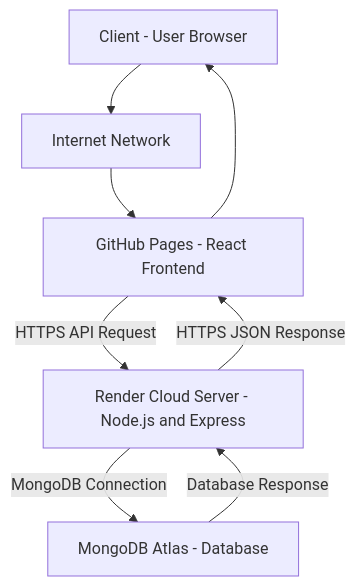
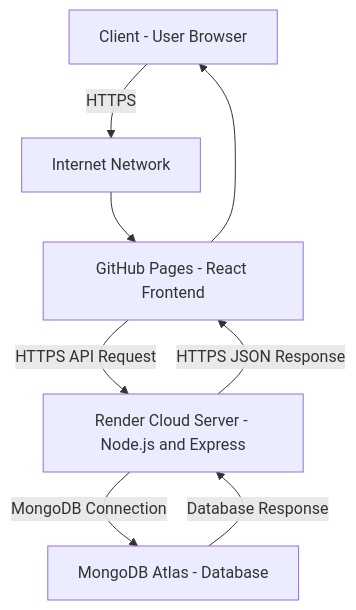
The diagram in CN/topology.md (kavibharathi-2006/URL-Phishing-Detection), drawn with Mermaid before and after one commit. The commit also changed other lines of this file, not shown here.

````diff
--- a/CN/topology.md
+++ b/CN/topology.md
@@ -10,16 +10,16 @@
 ```mermaid
 flowchart TD
     A[Client - User Browser]
     B[Internet Network]
     C[GitHub Pages - React Frontend]
     D[Render Cloud Server - Node.js and Express]
     E[MongoDB Atlas - Database]
 
-    A --> B
+    A -->|HTTPS| B
     B --> C
     C -->|HTTPS API Request| D
     D -->|MongoDB Connection| E
     E -->|Database Response| D
     D -->|HTTPS JSON Response| C
     C --> A
 ```
````
